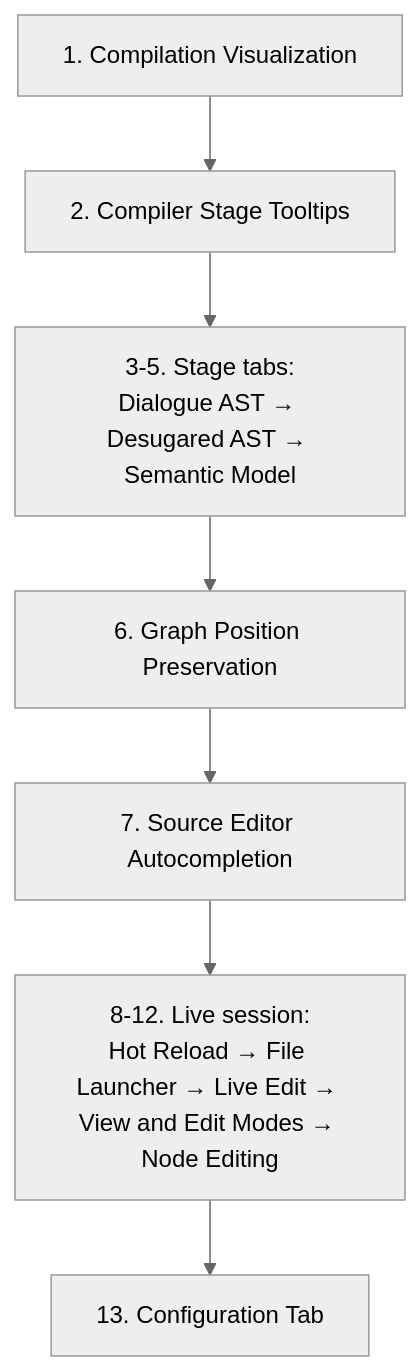
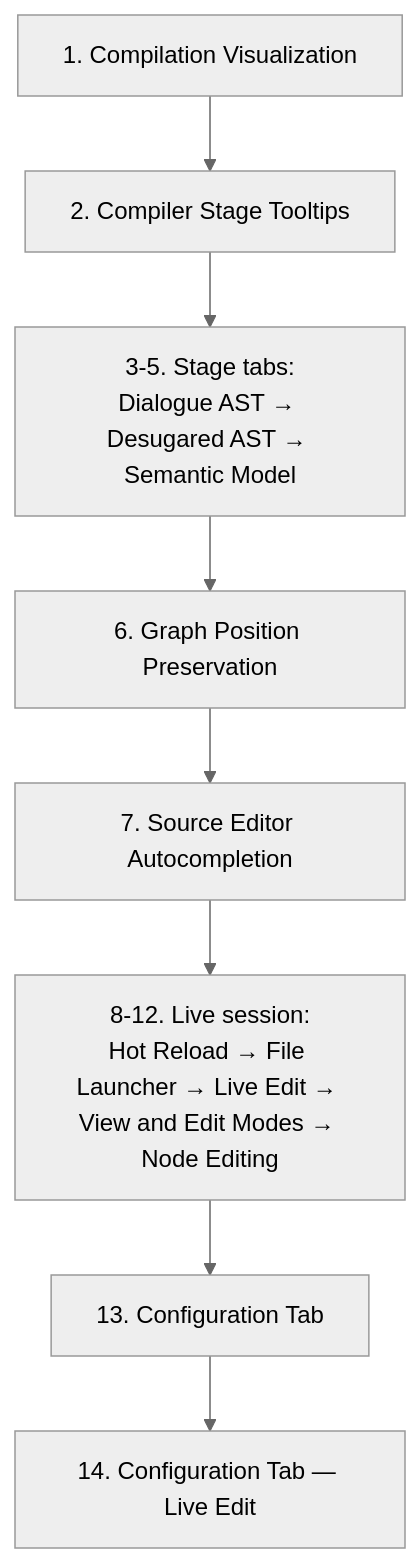
Before and after one commit to pengzhengyi/godot-dialoguedown: the third of 4 diagrams in docs/contributing/design-notes/README.md, drawn with Mermaid (neutral theme). The commit also changed other lines of this file and 2 other files, not shown here.

Commit message:
docs(config-tab): reconcile the Stage 2a note with the shipped code
Crosscheck the Live Edit note against what shipped and register it:

- status → implemented; functionality checklist ticked.
- record that `TomlConfigurationLoader.Parse` shipped public and `Visualization.Live`
  references the configuration loader; a config save rebuilds the `CompilationVisualizer`
  (simpler than mutating it) rather than updating it in place.
- record that `live-edit.ts` is unchanged — the two-document support is a `portsFor`
  factory in `live-edit-ui.ts` plus a second `createLiveEdit` instance in `main.ts` — and
  that the work fixed a Stage 1 slip where the dialogue's dirty marker landed on the
  Config tab.
- register the note in the design-notes index (#14, reading order + chart) and toc.yml.

````diff
--- a/docs/contributing/design-notes/README.md
+++ b/docs/contributing/design-notes/README.md
@@ -103,9 +103,10 @@
 ```mermaid
 flowchart TB
     CV["1. Compilation Visualization"] --> TT["2. Compiler Stage Tooltips"]
     TT --> TABS["3-5. Stage tabs:<br/>Dialogue AST → Desugared AST → Semantic Model"]
     TABS --> GX["6. Graph Position Preservation"]
     GX --> AC["7. Source Editor Autocompletion"]
     AC --> LIVE["8-12. Live session:<br/>Hot Reload → File Launcher → Live Edit → View and Edit Modes → Node Editing"]
     LIVE --> CFG["13. Configuration Tab"]
+    CFG --> CFGLE["14. Configuration Tab — Live Edit"]
 ```
````
